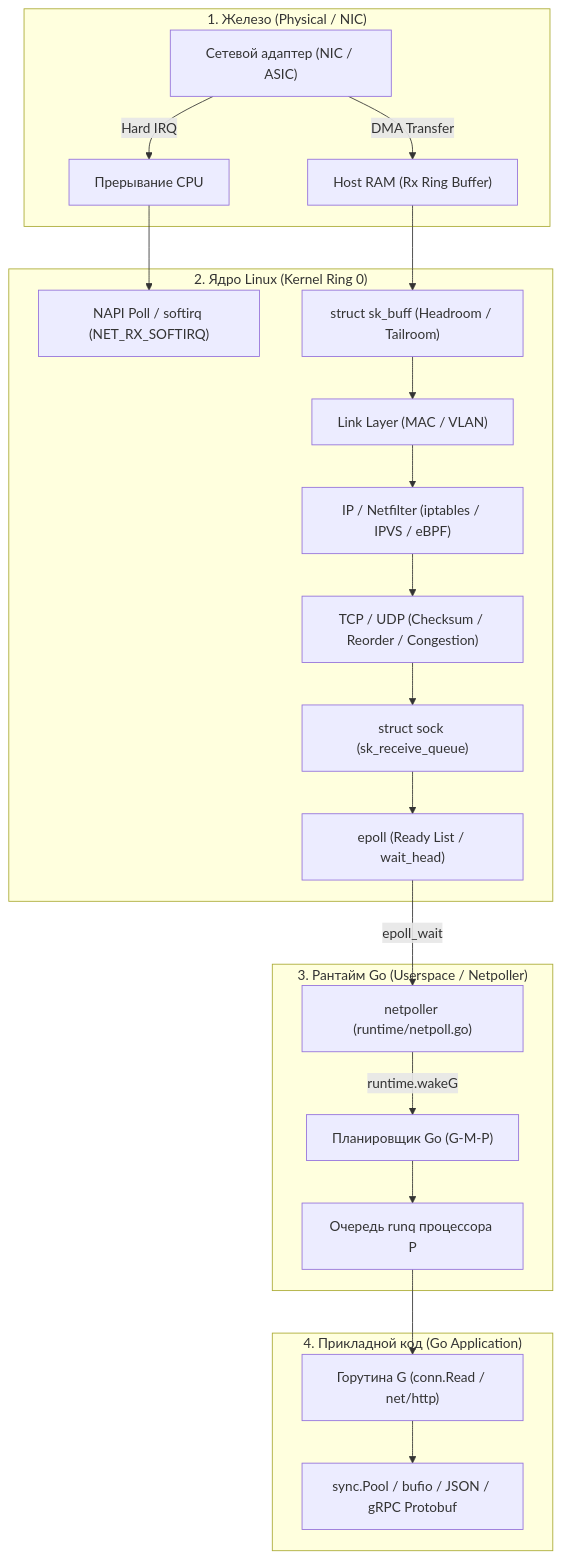
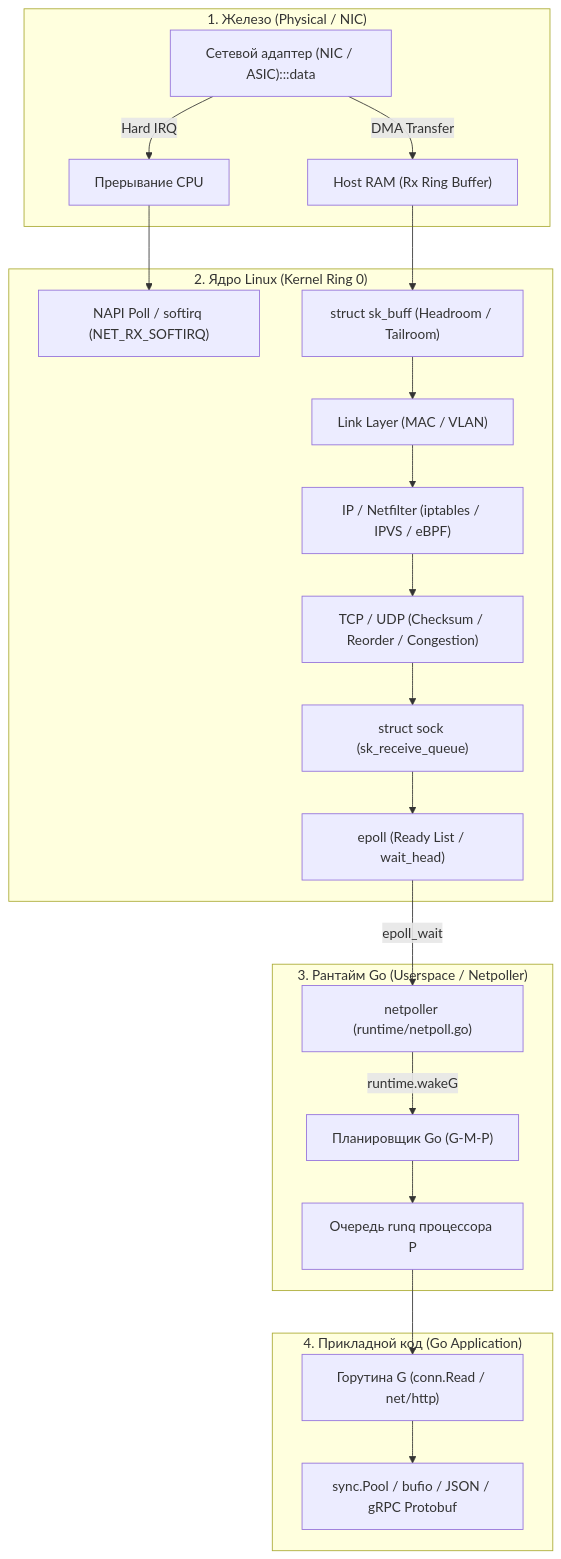
The first of 2 diagrams in sources/3. Компьютерные сети и сетевой стек/44. Итоги раздела. Полная картина сетевого стека для Go-разработчика.md (UnrealTemplier/go-textbook), drawn with Mermaid before and after one commit. The commit also changed other lines of this file and 1666 other files, not shown here.

First line of the commit message:
feat(mermaid): add semantic color classDef to 1369 colorless flowchart/graph diagrams

````diff
--- a/sources/3. Компьютерные сети и сетевой стек/44. Итоги раздела. Полная картина сетевого стека для Go-разработчика.md
+++ b/sources/3. Компьютерные сети и сетевой стек/44. Итоги раздела. Полная картина сетевого стека для Go-разработчика.md
@@ -20,28 +20,38 @@
 ```mermaid
 flowchart TD
+    classDef process  fill:#1e293b,stroke:#38bdf8,stroke-width:1px,color:#f8fafc
+    classDef success  fill:#064e3b,stroke:#34d399,stroke-width:1px,color:#f8fafc
+    classDef error    fill:#7f1d1d,stroke:#f87171,stroke-width:1px,color:#f8fafc
+    classDef warning  fill:#78350f,stroke:#fbbf24,stroke-width:1px,color:#f8fafc
+    classDef entry    fill:#1e3a5f,stroke:#38bdf8,stroke-width:2px,color:#f8fafc
+    classDef aux      fill:#334155,stroke:#64748b,stroke-width:1px,color:#f8fafc
+    classDef system   fill:#312e81,stroke:#a78bfa,stroke-width:1px,color:#f8fafc
+    classDef data     fill:#132d29,stroke:#2dd4bf,stroke-width:1px,color:#f8fafc
+    classDef network  fill:#881337,stroke:#fb7185,stroke-width:1px,color:#f8fafc
+    classDef accent   fill:#1e1b4b,stroke:#818cf8,stroke-width:1px,color:#f8fafc
     subgraph Hardware["1. Железо (Physical / NIC)"]
-        NIC["Сетевой адаптер (NIC / ASIC)"] -->|DMA Transfer| RAM["Host RAM (Rx Ring Buffer)"]
+        NIC["Сетевой адаптер (NIC / ASIC):::data"] -->|DMA Transfer| RAM["Host RAM (Rx Ring Buffer)"]
         NIC -->|Hard IRQ| APIC["Прерывание CPU"]
     end
 
     subgraph LinuxKernel["2. Ядро Linux (Kernel Ring 0)"]
         APIC --> NAPI["NAPI Poll / softirq (NET_RX_SOFTIRQ)"]
         RAM --> SKB["struct sk_buff (Headroom / Tailroom)"]
         SKB --> L2["Link Layer (MAC / VLAN)"]
         L2 --> L3["IP / Netfilter (iptables / IPVS / eBPF)"]
         L3 --> L4["TCP / UDP (Checksum / Reorder / Congestion)"]
         L4 --> SOCK["struct sock (sk_receive_queue)"]
         SOCK --> EP["epoll (Ready List / wait_head)"]
     end
 
     subgraph GoRuntime["3. Рантайм Go (Userspace / Netpoller)"]
         EP -->|epoll_wait| NP["netpoller (runtime/netpoll.go)"]
         NP -->|runtime.wakeG| SCHED["Планировщик Go (G-M-P)"]
         SCHED --> RUNQ["Очередь runq процессора P"]
     end
 
     subgraph GoApp["4. Прикладной код (Go Application)"]
         RUNQ --> GOR["Горутина G (conn.Read / net/http)"]
         GOR --> BUF["sync.Pool / bufio / JSON / gRPC Protobuf"]
     end
 ```
````
